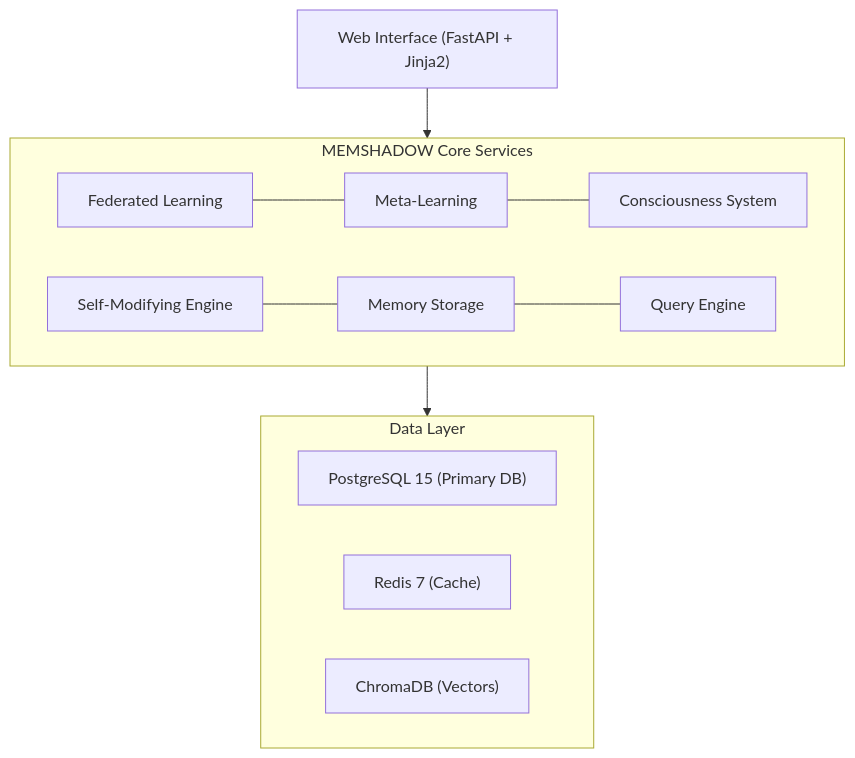
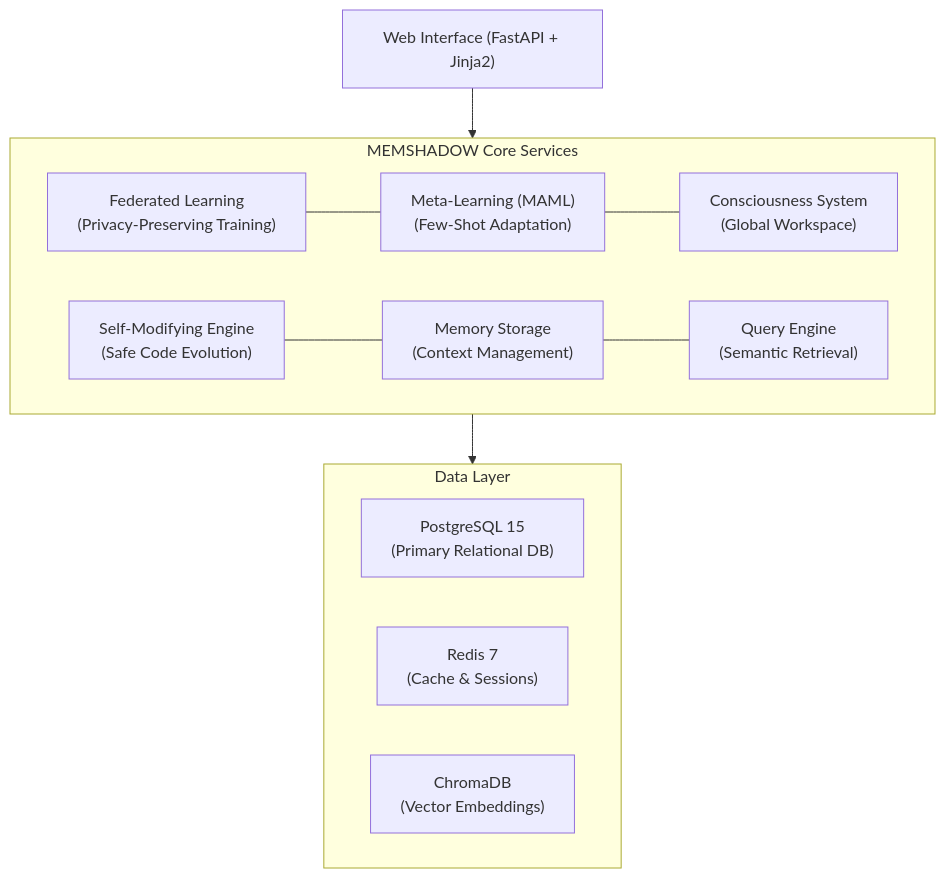
Before and after one commit to SWORDIntel/MEMSHADOW: the diagram in README.md, drawn with Mermaid. The commit also changed other lines of this file and 1 other file, not shown here.

````diff
--- a/README.md
+++ b/README.md
@@ -99,25 +62,25 @@
 ```mermaid
 flowchart TD
   UI["Web Interface (FastAPI + Jinja2)"]
 
   subgraph CORE["MEMSHADOW Core Services"]
-    FL["Federated Learning"]
-    ML["Meta-Learning"]
-    CS["Consciousness System"]
-    SM["Self-Modifying Engine"]
-    MS["Memory Storage"]
-    QE["Query Engine"]
+    FL["Federated Learning<br/>(Privacy-Preserving Training)"]
+    ML["Meta-Learning (MAML)<br/>(Few-Shot Adaptation)"]
+    CS["Consciousness System<br/>(Global Workspace)"]
+    SM["Self-Modifying Engine<br/>(Safe Code Evolution)"]
+    MS["Memory Storage<br/>(Context Management)"]
+    QE["Query Engine<br/>(Semantic Retrieval)"]
   end
 
   subgraph DATA["Data Layer"]
-    PG["PostgreSQL 15 (Primary DB)"]
-    RD["Redis 7 (Cache)"]
-    CH["ChromaDB (Vectors)"]
+    PG["PostgreSQL 15<br/>(Primary Relational DB)"]
+    RD["Redis 7<br/>(Cache & Sessions)"]
+    CH["ChromaDB<br/>(Vector Embeddings)"]
   end
 
   UI --> CORE
   CORE --> DATA
 
   FL --- ML --- CS
   SM --- MS --- QE
 ```
````
